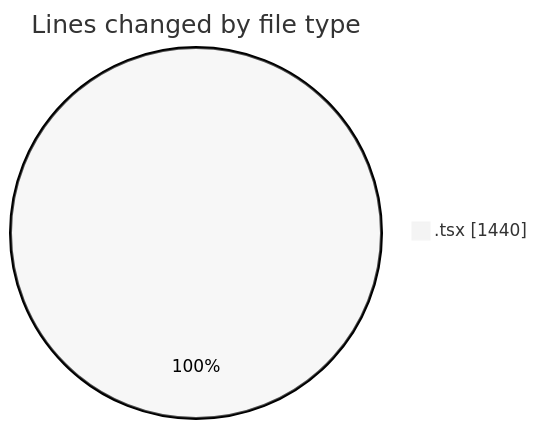
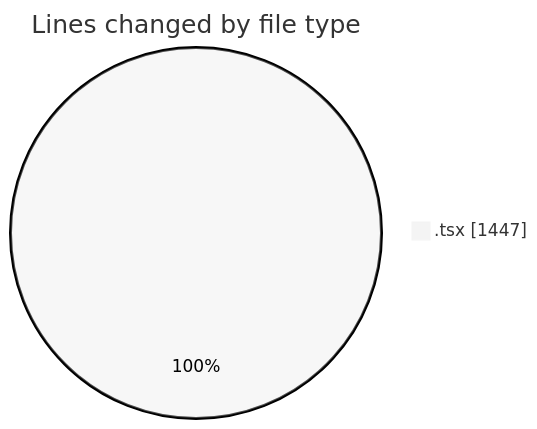
One commit to momahboobian/code-tracking changed the first of 2 diagrams in 2025-03-20/cda/README.md. Above: the diagram before and after it, drawn with Mermaid (neutral theme). The commit also changed other lines of this file and 1 other file, not shown here.

````diff
--- a/2025-03-20/cda/README.md
+++ b/2025-03-20/cda/README.md
@@ -22,5 +22,5 @@
 ```mermaid
 pie showData
 title Lines changed by file type
-".tsx" : 1440
+".tsx" : 1447
 ```
````
